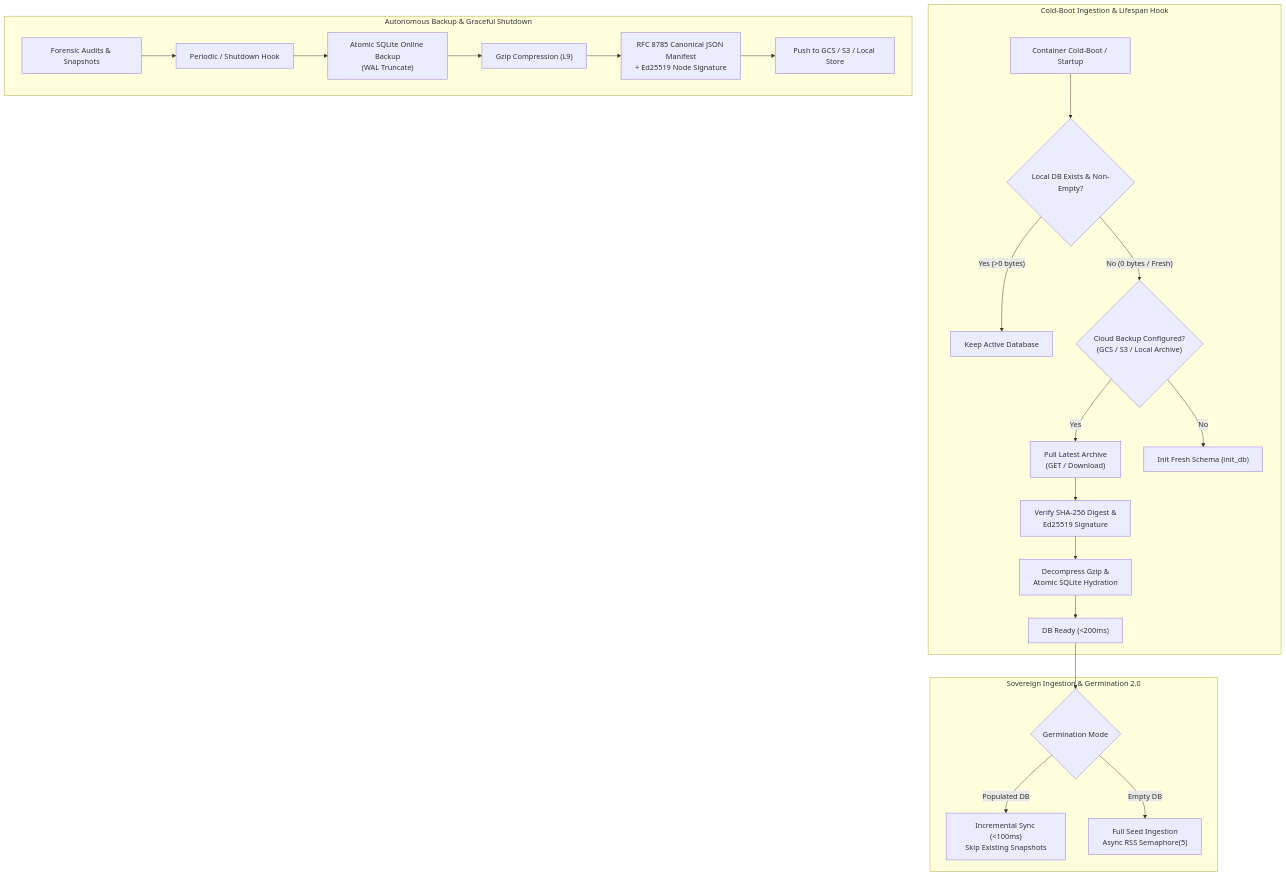
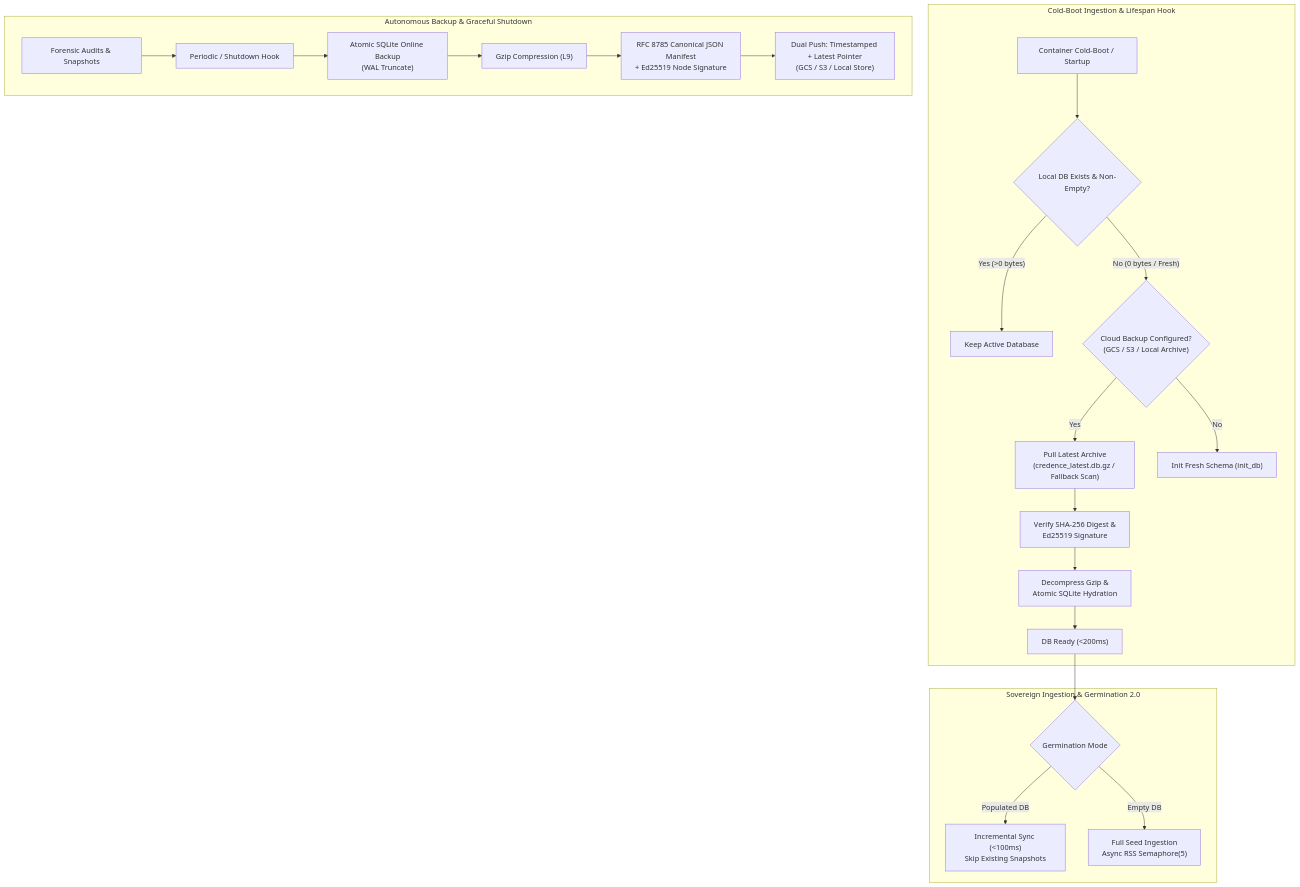
Before and after one commit to artibyrd/credence-docs: the first of 2 diagrams in docs/blueprints/sovereign-data-gravity-and-cas-portability.md, drawn with Mermaid. The commit also changed 2 other files, not shown here.

Commit message:
docs(ops): update deployment prerequisites, least privilege IAM matrix, and cold-boot storage gravity

````diff
--- a/docs/blueprints/sovereign-data-gravity-and-cas-portability.md
+++ b/docs/blueprints/sovereign-data-gravity-and-cas-portability.md
@@ -27,27 +27,27 @@
 ```mermaid
 flowchart TD
     subgraph "Cold-Boot Ingestion & Lifespan Hook"
         Boot["Container Cold-Boot / Startup"] --> CheckLocal{"Local DB Exists & Non-Empty?"}
         CheckLocal -- "Yes (>0 bytes)" --> Skip["Keep Active Database"]
         CheckLocal -- "No (0 bytes / Fresh)" --> CheckCloud{"Cloud Backup Configured?<br/>(GCS / S3 / Local Archive)"}
-        CheckCloud -- "Yes" --> Pull["Pull Latest Archive<br/>(GET / Download)"]
+        CheckCloud -- "Yes" --> Pull["Pull Latest Archive<br/>(credence_latest.db.gz / Fallback Scan)"]
         Pull --> Verify["Verify SHA-256 Digest &<br/>Ed25519 Signature"]
         Verify --> Decompress["Decompress Gzip &<br/>Atomic SQLite Hydration"]
         Decompress --> Ready["DB Ready (&lt;200ms)"]
         CheckCloud -- "No" --> Init["Init Fresh Schema (init_db)"]
     end
 
     subgraph "Sovereign Ingestion & Germination 2.0"
         Ready --> Germinate{"Germination Mode"}
         Germinate -- "Populated DB" --> Incr["Incremental Sync (&lt;100ms)<br/>Skip Existing Snapshots"]
         Germinate -- "Empty DB" --> Full["Full Seed Ingestion<br/>Async RSS Semaphore(5)"]
     end
 
     subgraph "Autonomous Backup & Graceful Shutdown"
         Audit["Forensic Audits & Snapshots"] --> Flush["Periodic / Shutdown Hook"]
         Flush --> Snap["Atomic SQLite Online Backup<br/>(WAL Truncate)"]
         Snap --> Gz["Gzip Compression (L9)"]
         Gz --> Sign["RFC 8785 Canonical JSON Manifest<br/>+ Ed25519 Node Signature"]
-        Sign --> Upload["Push to GCS / S3 / Local Store"]
+        Sign --> Upload["Dual Push: Timestamped + Latest Pointer<br/>(GCS / S3 / Local Store)"]
     end
 ```
````
